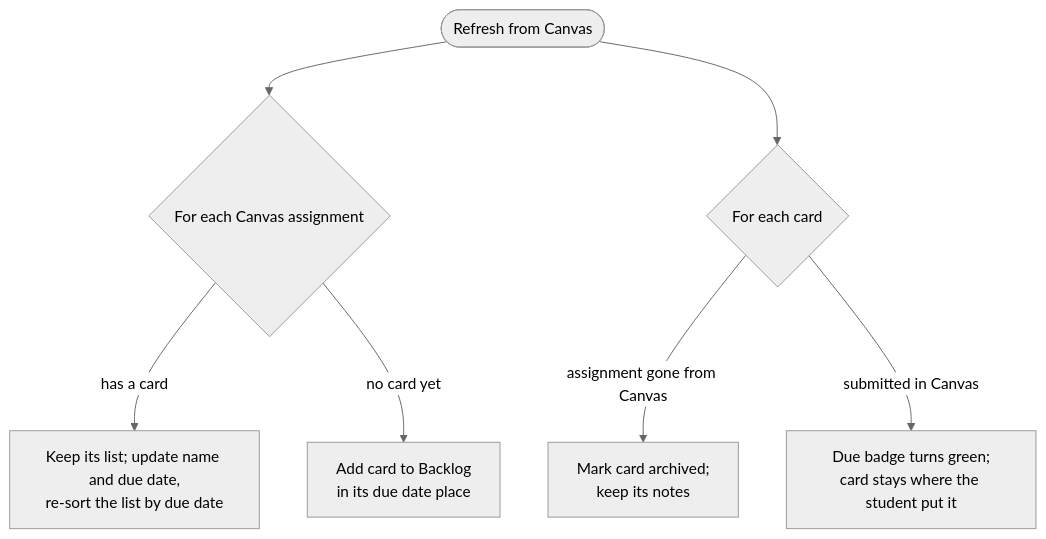
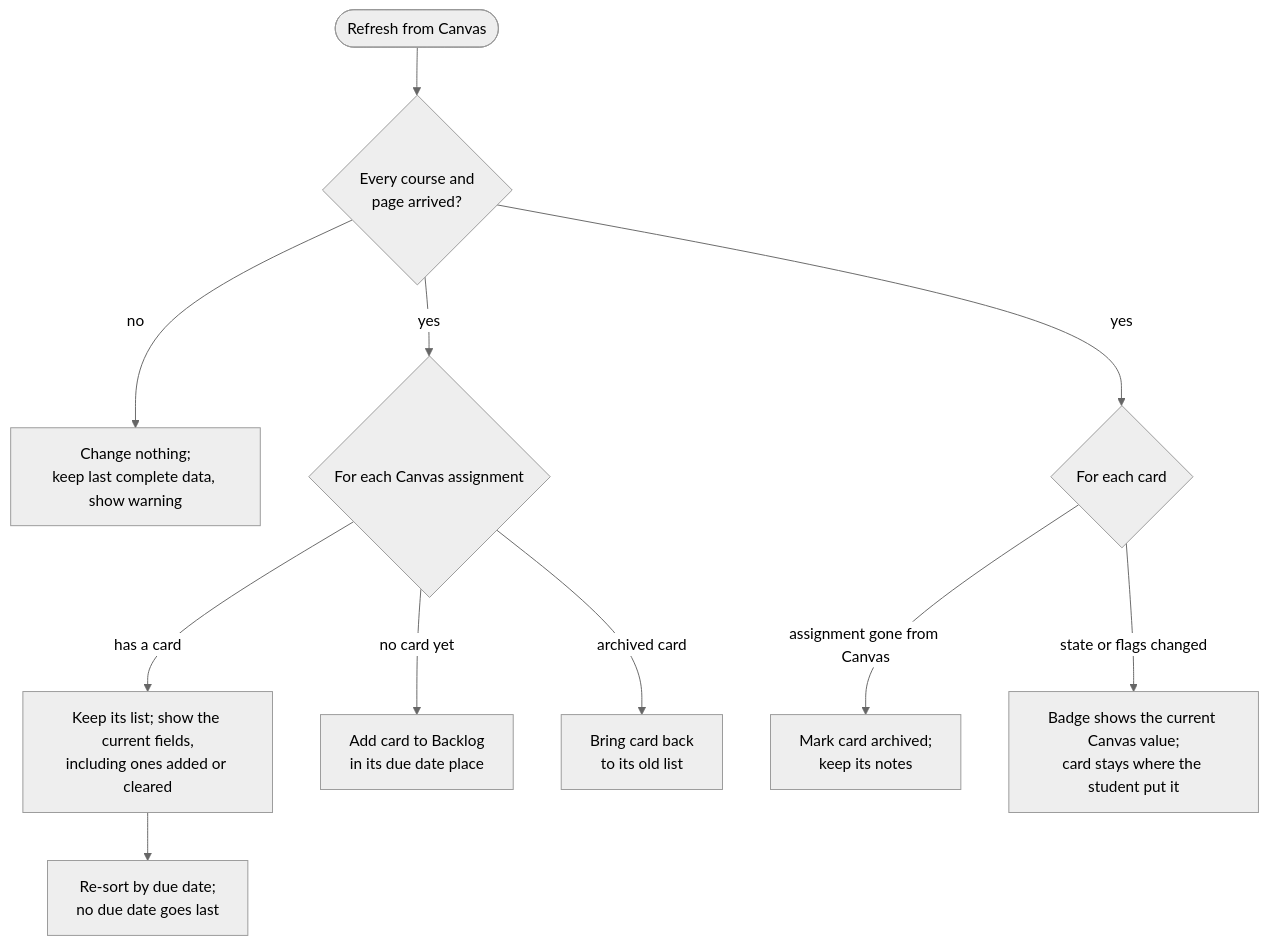
One commit to bbranton/TestProj changed the sixth of 9 diagrams in docs/canvas-portal/04-wireframes-workflows.md. Above: the diagram before and after it, drawn with Mermaid (neutral theme). The commit also changed other lines of this file and 4 other files, not shown here.

````diff
--- a/docs/canvas-portal/04-wireframes-workflows.md
+++ b/docs/canvas-portal/04-wireframes-workflows.md
@@ -423,9 +423,13 @@
 ```mermaid
 flowchart TD
-    A([Refresh from Canvas]) --> B{For each Canvas assignment}
-    B -- has a card --> C[Keep its list; update name and due date,<br/>re-sort the list by due date]
+    A([Refresh from Canvas]) --> Z{Every course and<br/>page arrived?}
+    Z -- no --> Y[Change nothing;<br/>keep last complete data, show warning]
+    Z -- yes --> B{For each Canvas assignment}
+    B -- has a card --> C[Keep its list; show the current fields,<br/>including ones added or cleared]
+    C --> C2[Re-sort by due date;<br/>no due date goes last]
     B -- no card yet --> D[Add card to Backlog<br/>in its due date place]
-    A --> E{For each card}
+    B -- archived card --> R[Bring card back<br/>to its old list]
+    Z -- yes --> E{For each card}
     E -- assignment gone from Canvas --> F[Mark card archived;<br/>keep its notes]
-    E -- submitted in Canvas --> G[Due badge turns green;<br/>card stays where the student put it]
+    E -- state or flags changed --> G[Badge shows the current Canvas value;<br/>card stays where the student put it]
 ```
````
